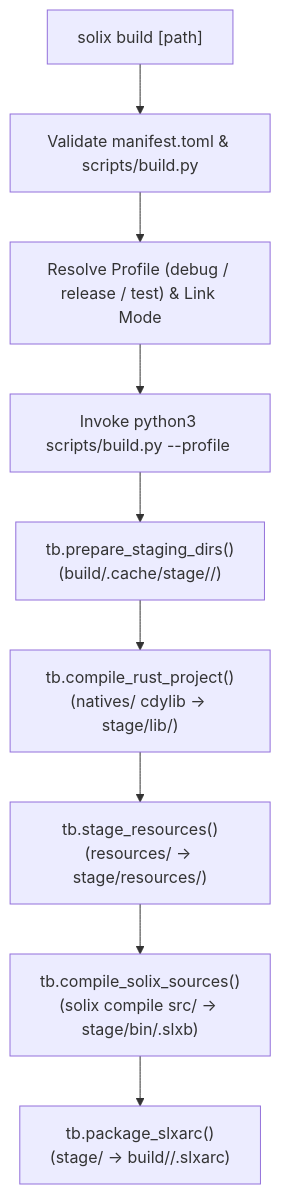
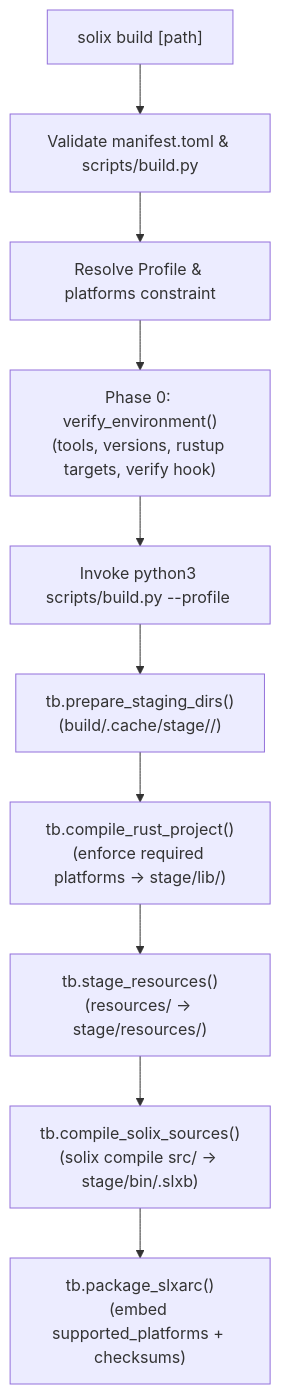
Before and after one commit to Jehudme/solix-language: the diagram in docs/spec/tools/cli/build.md, drawn with Mermaid. The commit also changed other lines of this file and 28 other files, not shown here.

Commit message:
feat(toolchain): enforce release platform constraints, supported_platforms check, and pre-flight verification

````diff
--- a/docs/spec/tools/cli/build.md
+++ b/docs/spec/tools/cli/build.md
@@ -41,11 +43,12 @@
 ```mermaid
 flowchart TD
     A["solix build [path]"] --> B["Validate manifest.toml & scripts/build.py"]
-    B --> C["Resolve Profile (debug / release / test) & Link Mode"]
-    C --> D["Invoke python3 scripts/build.py --profile <profile>"]
+    B --> C["Resolve Profile & platforms constraint"]
+    C --> V["Phase 0: verify_environment()<br>(tools, versions, rustup targets, verify hook)"]
+    V --> D["Invoke python3 scripts/build.py --profile <profile>"]
     D --> E["tb.prepare_staging_dirs()<br>(build/.cache/stage/<profile>/)"]
-    E --> F["tb.compile_rust_project()<br>(natives/ cdylib -> stage/lib/)"]
+    E --> F["tb.compile_rust_project()<br>(enforce required platforms -> stage/lib/)"]
     F --> G["tb.stage_resources()<br>(resources/ -> stage/resources/)"]
     G --> H["tb.compile_solix_sources()<br>(solix compile src/ -> stage/bin/<name>.slxb)"]
-    H --> I["tb.package_slxarc()<br>(stage/ -> build/<profile>/<name>.slxarc)"]
+    H --> I["tb.package_slxarc()<br>(embed supported_platforms + checksums)"]
 ```
````
